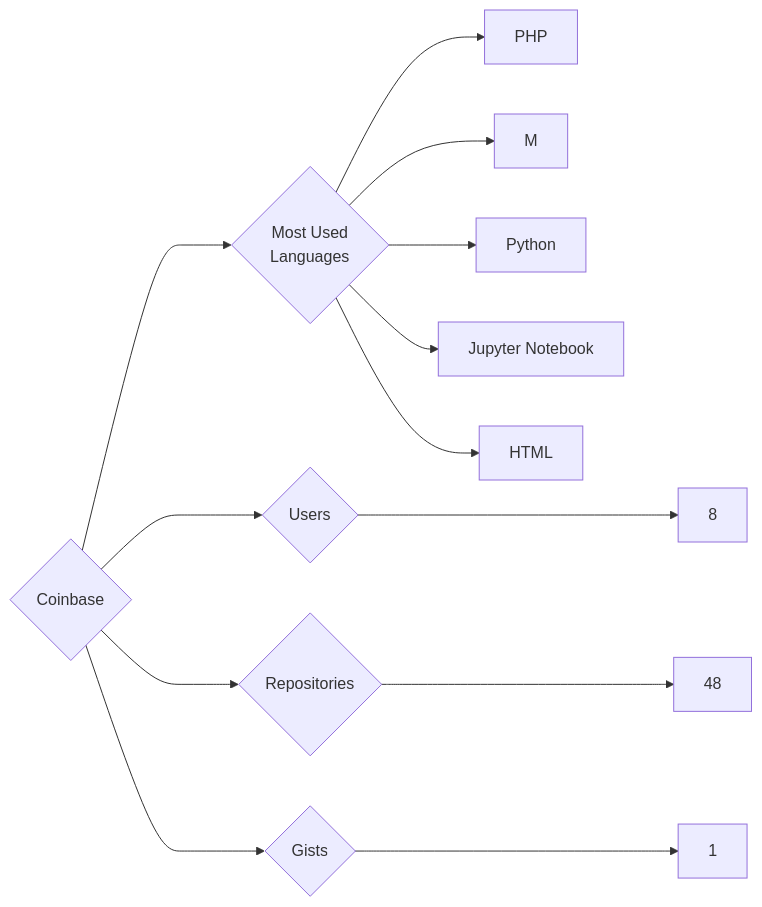
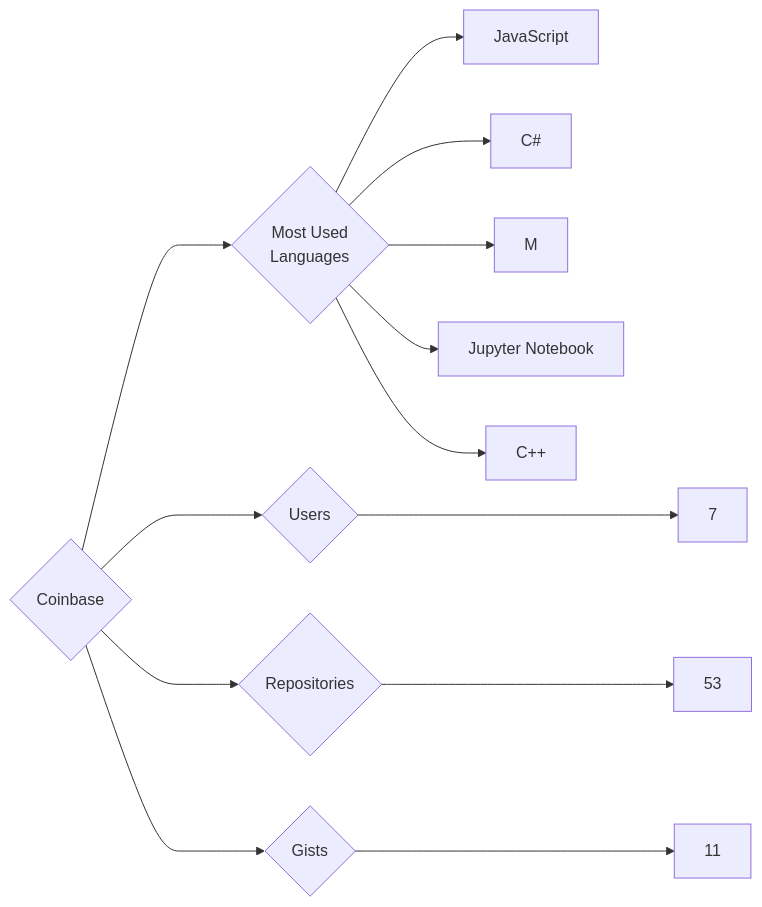
The diagram in targets/Coinbase/README.md (trickest/insiders), drawn with Mermaid before and after one commit. The commit also changed 1023 other files, not shown here.

````diff
--- a/targets/Coinbase/README.md
+++ b/targets/Coinbase/README.md
@@ -3,13 +3,13 @@
 ```mermaid
 graph LR
 COMPANY_NAME{Coinbase}
-COMPANY_NAME ---> U{Users} ---> UN[8]
-COMPANY_NAME ---> R{Repositories} ---> RN[48]
-COMPANY_NAME ---> G{Gists} ---> GN[1]
+COMPANY_NAME ---> U{Users} ---> UN[7]
+COMPANY_NAME ---> R{Repositories} ---> RN[53]
+COMPANY_NAME ---> G{Gists} ---> GN[11]
 COMPANY_NAME ---> ML{Most Used<br>Languages}
-ML --> PHP[PHP]
+ML --> JavaScript[JavaScript]
+ML --> C#[C#]
 ML --> M[M]
-ML --> Python[Python]
 ML --> Jupyter_Notebook[Jupyter Notebook]
-ML --> HTML[HTML]
+ML --> C++[C++]
 ```
````
